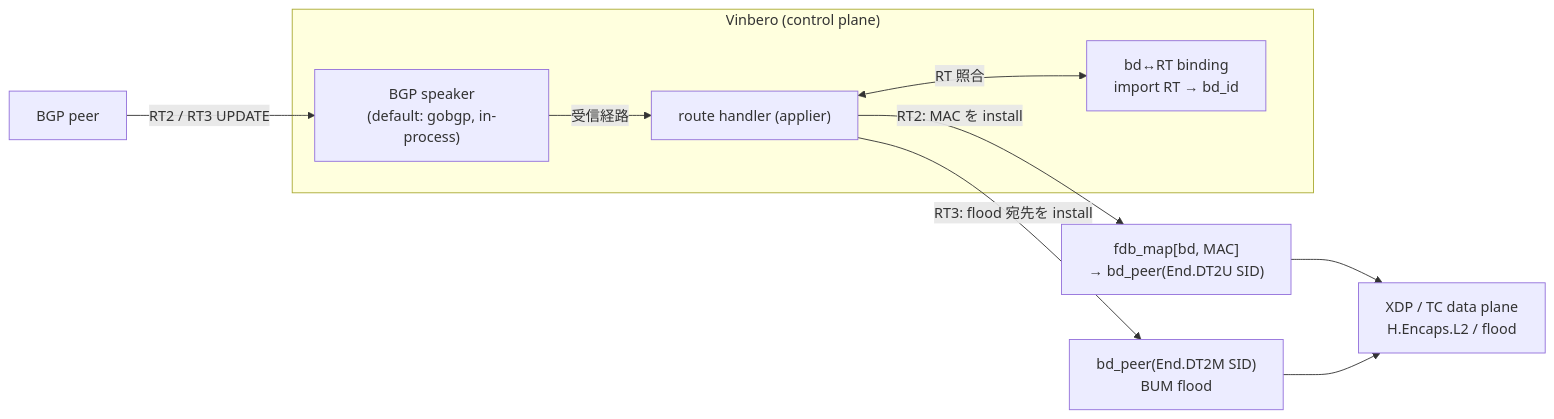
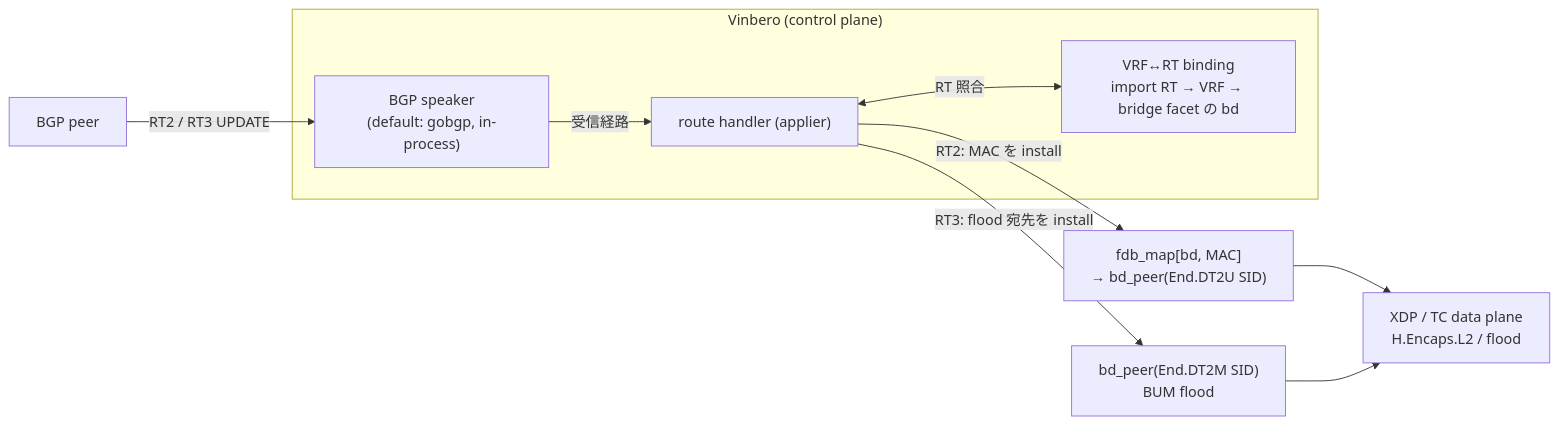
Before and after one commit to takehaya/Vinbero: the sixth of 11 diagrams in docs/design/ja/srv6_bgp.md, drawn with Mermaid. The commit also changed other lines of this file and 8 other files, not shown here.

First line of the commit message:
docs(evpn): attach the bridge facet before the bind; drop --bd-id from vrf-bgp

````diff
--- a/docs/design/ja/srv6_bgp.md
+++ b/docs/design/ja/srv6_bgp.md
@@ -201,20 +201,20 @@
 ```mermaid
 flowchart LR
     PEER["BGP peer"]
     subgraph VB["Vinbero (control plane)"]
         SPK["BGP speaker<br/>(default: gobgp, in-process)"]
         APP["route handler (applier)"]
-        BIND["bd↔RT binding<br/>import RT → bd_id"]
+        BIND["VRF↔RT binding<br/>import RT → VRF → bridge facet の bd"]
     end
     FDB["fdb_map[bd, MAC]<br/>→ bd_peer(End.DT2U SID)"]
     MC["bd_peer(End.DT2M SID)<br/>BUM flood"]
     DP["XDP / TC data plane<br/>H.Encaps.L2 / flood"]
 
     PEER -->|RT2 / RT3 UPDATE| SPK
     SPK -->|受信経路| APP
     APP <-->|RT 照合| BIND
     APP -->|RT2: MAC を install| FDB
     APP -->|RT3: flood 宛先を install| MC
     FDB --> DP
     MC --> DP
 ```
````
